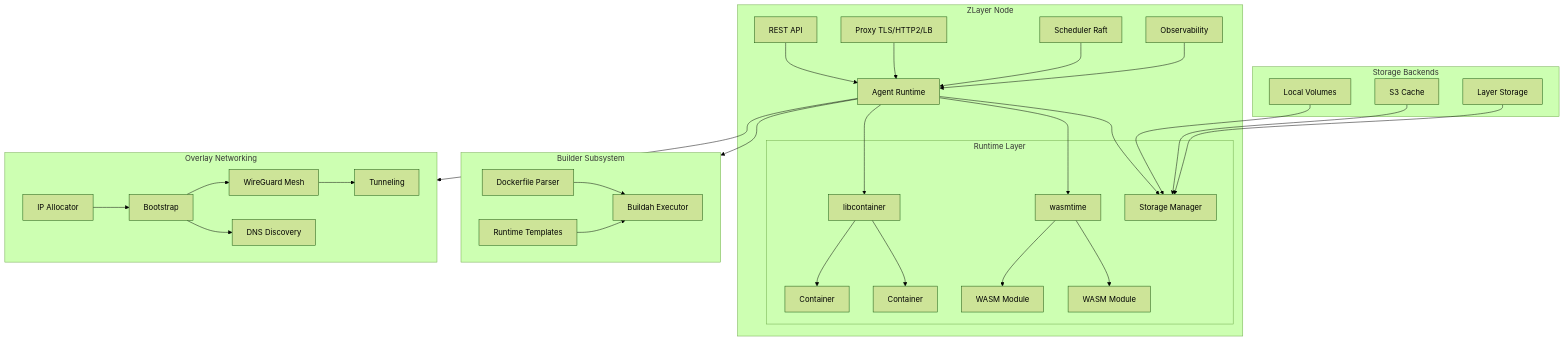
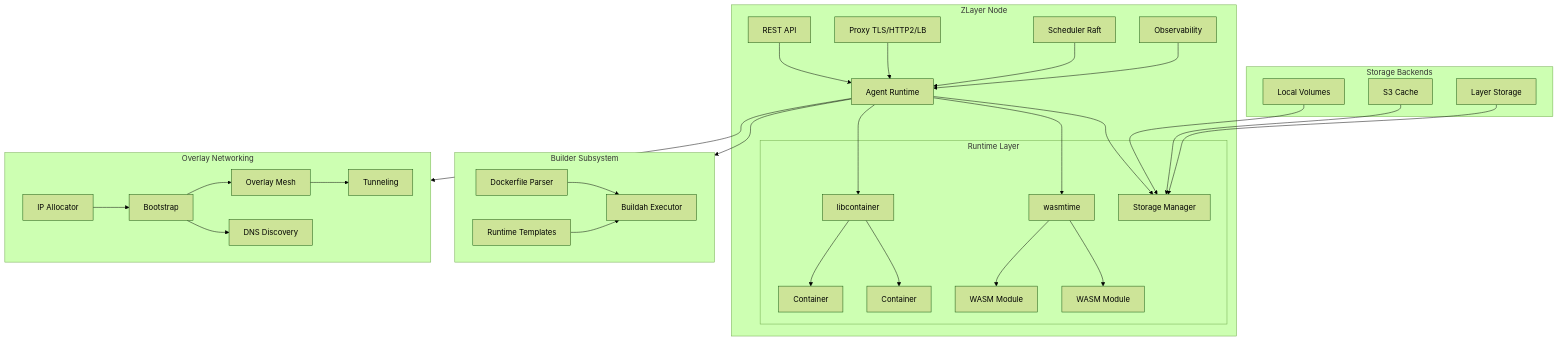
One commit to BlackLeafDigital/ZLayer changed the diagram in README.md. Above: the diagram before and after it, drawn with Mermaid (forest theme). The commit also changed other lines of this file and 29 other files, not shown here.

````diff
--- a/README.md
+++ b/README.md
@@ -40,60 +40,60 @@
 ```mermaid
 graph TB
     subgraph Node[ZLayer Node]
         API[REST API]
         Proxy[Proxy TLS/HTTP2/LB]
         Agent[Agent Runtime]
         Scheduler[Scheduler Raft]
         Obs[Observability]
 
         API --> Agent
         Proxy --> Agent
         Scheduler --> Agent
         Obs --> Agent
 
         subgraph Runtime[Runtime Layer]
             LC[libcontainer]
             WT[wasmtime]
             SM[Storage Manager]
             LC --> C1[Container]
             LC --> C2[Container]
             WT --> W1[WASM Module]
             WT --> W2[WASM Module]
         end
 
         Agent --> LC
         Agent --> WT
         Agent --> SM
     end
 
     subgraph Builder[Builder Subsystem]
         DF[Dockerfile Parser]
         BA[Buildah Executor]
         RT[Runtime Templates]
         DF --> BA
         RT --> BA
     end
 
     subgraph Overlay[Overlay Networking]
         IP[IP Allocator]
         Boot[Bootstrap]
-        WG[WireGuard Mesh]
+        WG[Overlay Mesh]
         DNS[DNS Discovery]
         TUN[Tunneling]
         IP --> Boot --> WG
         Boot --> DNS
         WG --> TUN
     end
 
     subgraph Storage[Storage Backends]
         LV[Local Volumes]
         S3C[S3 Cache]
         LS[Layer Storage]
         LV --> SM
         S3C --> SM
         LS --> SM
     end
 
     Agent --> Builder
     Agent --> Overlay
 ```
````
